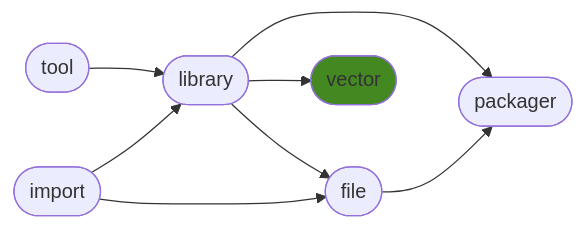
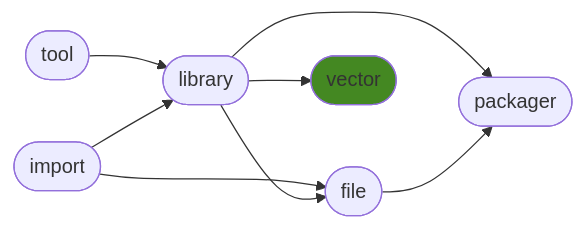
The diagram in README.md (ManderaGeneral/generalvector), drawn with Mermaid before and after one commit. The commit also changed other lines of this file, not shown here.

````diff
--- a/README.md
+++ b/README.md
@@ -24,17 +24,17 @@
 ```mermaid
 flowchart LR
+2([library]) --> 5([packager])
+2([library]) --> 4([vector])
+3([file]) --> 5([packager])
+0([import]) --> 3([file])
 1([tool]) --> 2([library])
-2([library]) --> 4([vector])
-2([library]) --> 5([packager])
+0([import]) --> 2([library])
 2([library]) --> 3([file])
-0([import]) --> 3([file])
-3([file]) --> 5([packager])
-0([import]) --> 2([library])
 click 0 "https://github.com/ManderaGeneral/generalimport"
 click 1 "https://github.com/ManderaGeneral/generaltool"
 click 2 "https://github.com/ManderaGeneral/generallibrary"
 click 3 "https://github.com/ManderaGeneral/generalfile"
 click 4 "https://github.com/ManderaGeneral/generalvector"
 click 5 "https://github.com/ManderaGeneral/generalpackager"
 style 4 fill:#482
 ```
````
